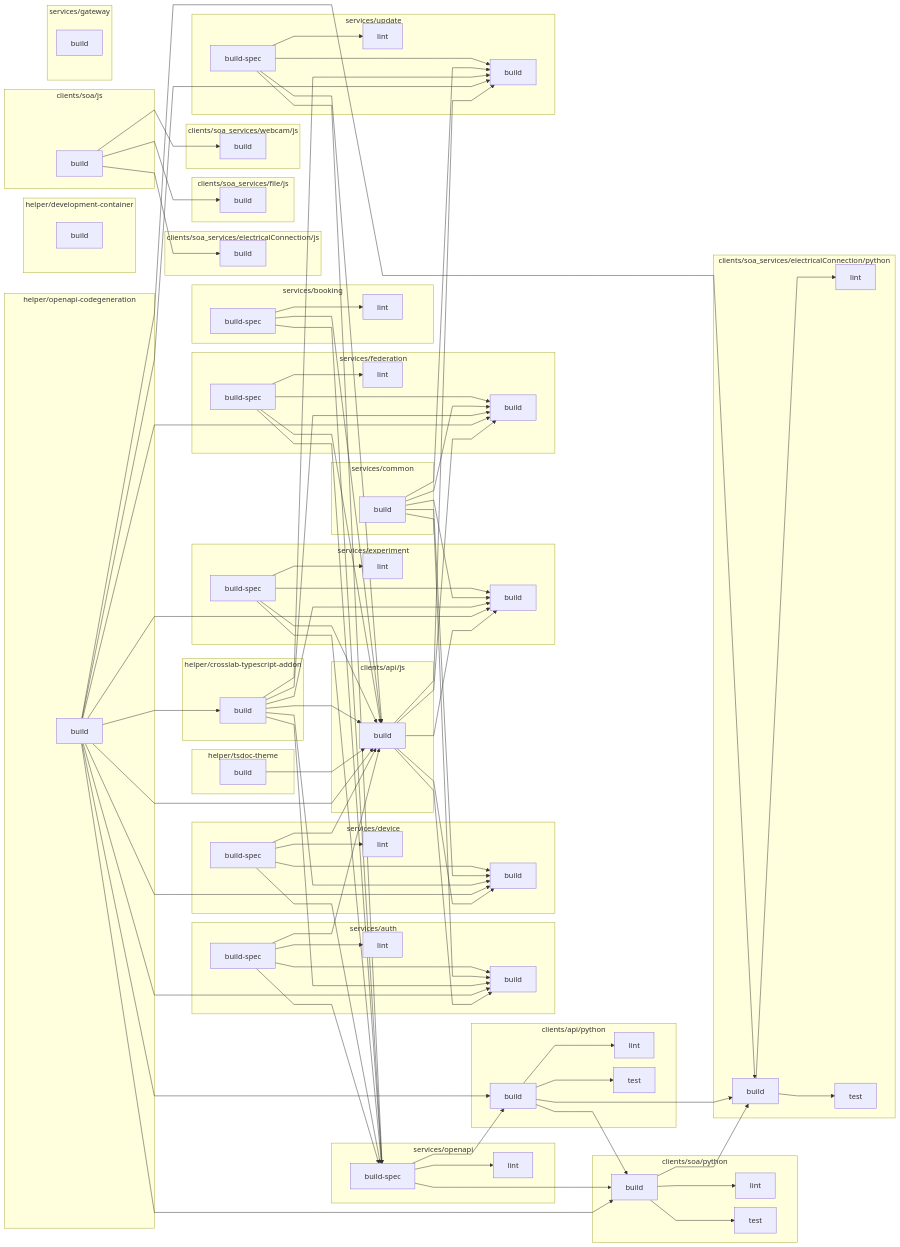
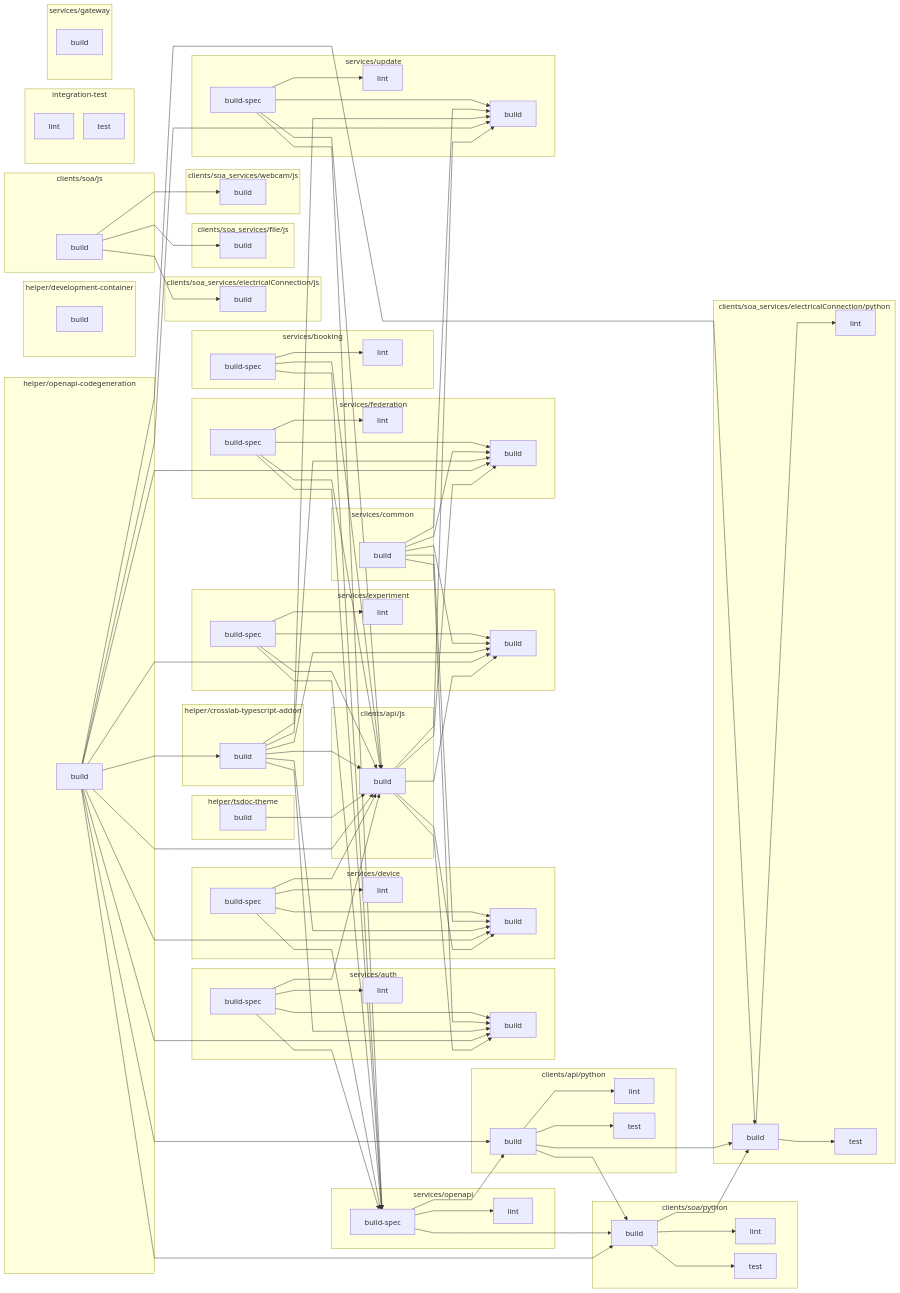
One commit to Cross-Lab-Project/crosslab changed the diagram in README.md. Above: the diagram before and after it, drawn with Mermaid. The commit also changed other lines of this file and 6 other files, not shown here.

```diff
--- a/README.md
+++ b/README.md
@@ -84,6 +85,10 @@
   end
   subgraph helper/tsdoc-theme
     helper/tsdoc-theme:build[build]
+  end
+  subgraph integration-test
+    integration-test:lint[lint]
+    integration-test:test[test]
   end
   subgraph services/auth
     services/auth:build[build]
```
